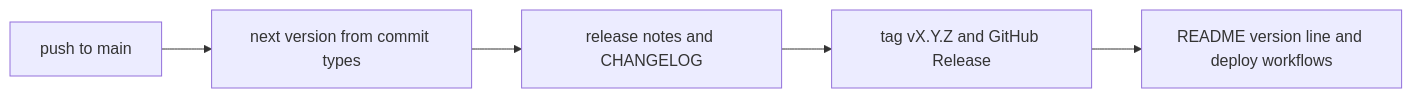
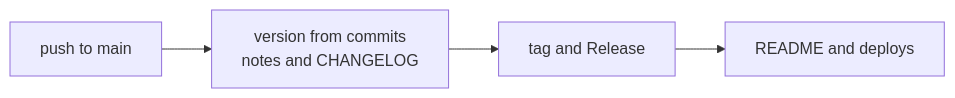
One commit to Twin-Fang/project-auto-wizard changed the second of 2 diagrams in README.md. Above: the diagram before and after it, drawn with Mermaid. The commit also changed other lines of this file and 3 other files, not shown here.

````diff
--- a/README.md
+++ b/README.md
@@ -137,7 +131,4 @@
 ```mermaid
 flowchart LR
-    A[push to main] --> B[next version from commit types]
-    B --> C[release notes and CHANGELOG]
-    C --> D[tag vX.Y.Z and GitHub Release]
-    D --> E[README version line and deploy workflows]
+    A["push to main"] --> B["version from commits<br/>notes and CHANGELOG"] --> C["tag and Release"] --> D["README and deploys"]
 ```
````
